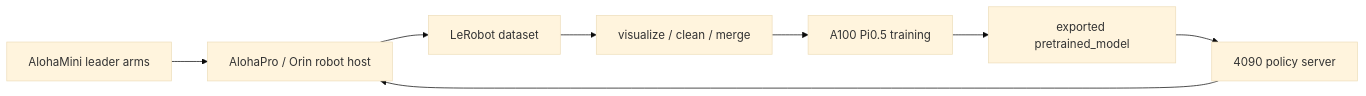
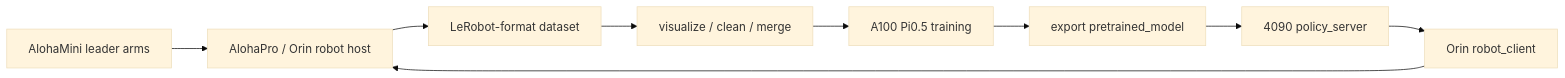
The diagram in README.md (jjjjqqqz101/aloha-pi05-lerobot), drawn with Mermaid (base theme) before and after one commit. The commit also changed other lines of this file and 1 other file, not shown here.

````diff
--- a/README.md
+++ b/README.md
@@ -24,10 +29,11 @@
 ```mermaid
 flowchart LR
     Mini["AlohaMini leader arms"] --> Orin["AlohaPro / Orin robot host"]
-    Orin --> Data["LeRobot dataset"]
-    Data --> Clean["visualize / clean / merge"]
+    Orin --> Dataset["LeRobot-format dataset"]
+    Dataset --> Clean["visualize / clean / merge"]
     Clean --> A100["A100 Pi0.5 training"]
-    A100 --> CKPT["exported pretrained_model"]
-    CKPT --> RTX4090["4090 policy server"]
-    RTX4090 --> Orin
+    A100 --> Model["export pretrained_model"]
+    Model --> Server["4090 policy_server"]
+    Server --> Client["Orin robot_client"]
+    Client --> Orin
 ```
````
